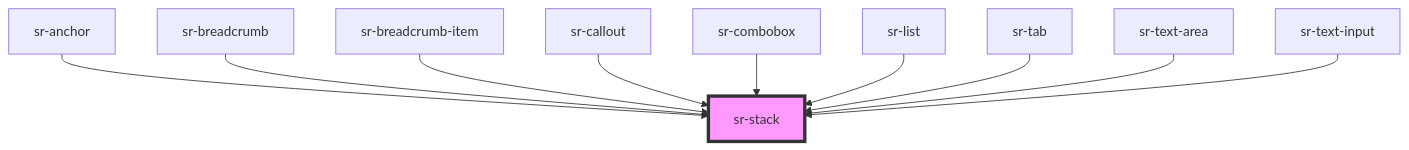
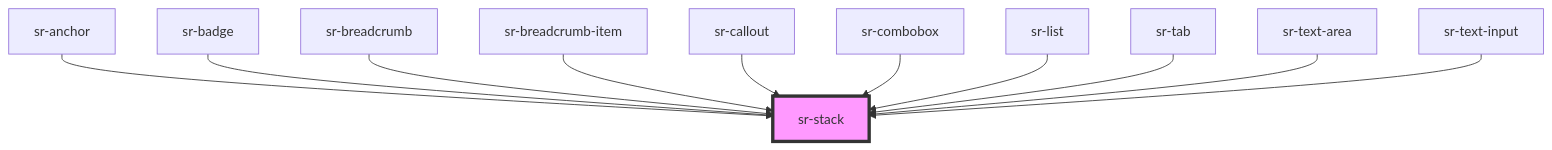
The diagram in src/components/layouts/sr-stack/readme.md (tonyblu331/spotify-replay-design-system), drawn with Mermaid before and after one commit. The commit also changed other lines of this file and 8 other files, not shown here.

````diff
--- a/src/components/layouts/sr-stack/readme.md
+++ b/src/components/layouts/sr-stack/readme.md
@@ -36,13 +37,14 @@
 ```mermaid
 graph TD;
   sr-anchor --> sr-stack
+  sr-badge --> sr-stack
   sr-breadcrumb --> sr-stack
   sr-breadcrumb-item --> sr-stack
   sr-callout --> sr-stack
   sr-combobox --> sr-stack
   sr-list --> sr-stack
   sr-tab --> sr-stack
   sr-text-area --> sr-stack
   sr-text-input --> sr-stack
   style sr-stack fill:#f9f,stroke:#333,stroke-width:4px
 ```
````
